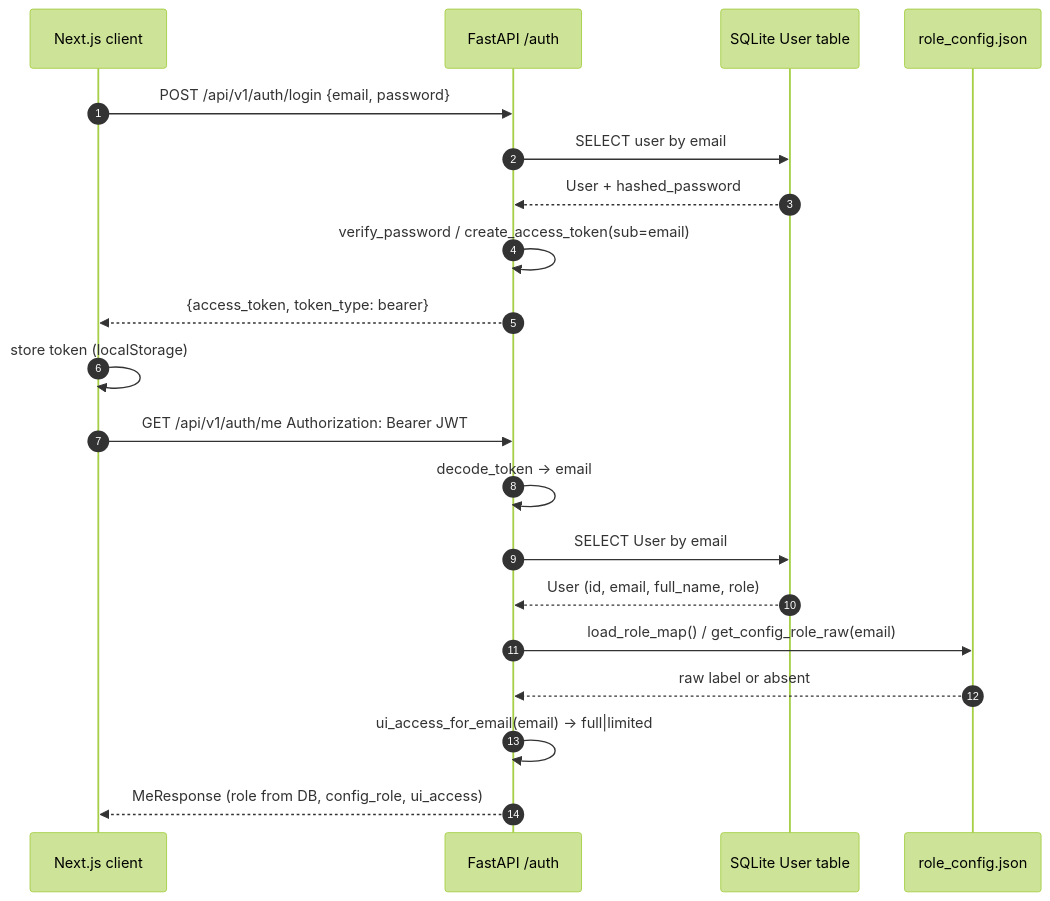
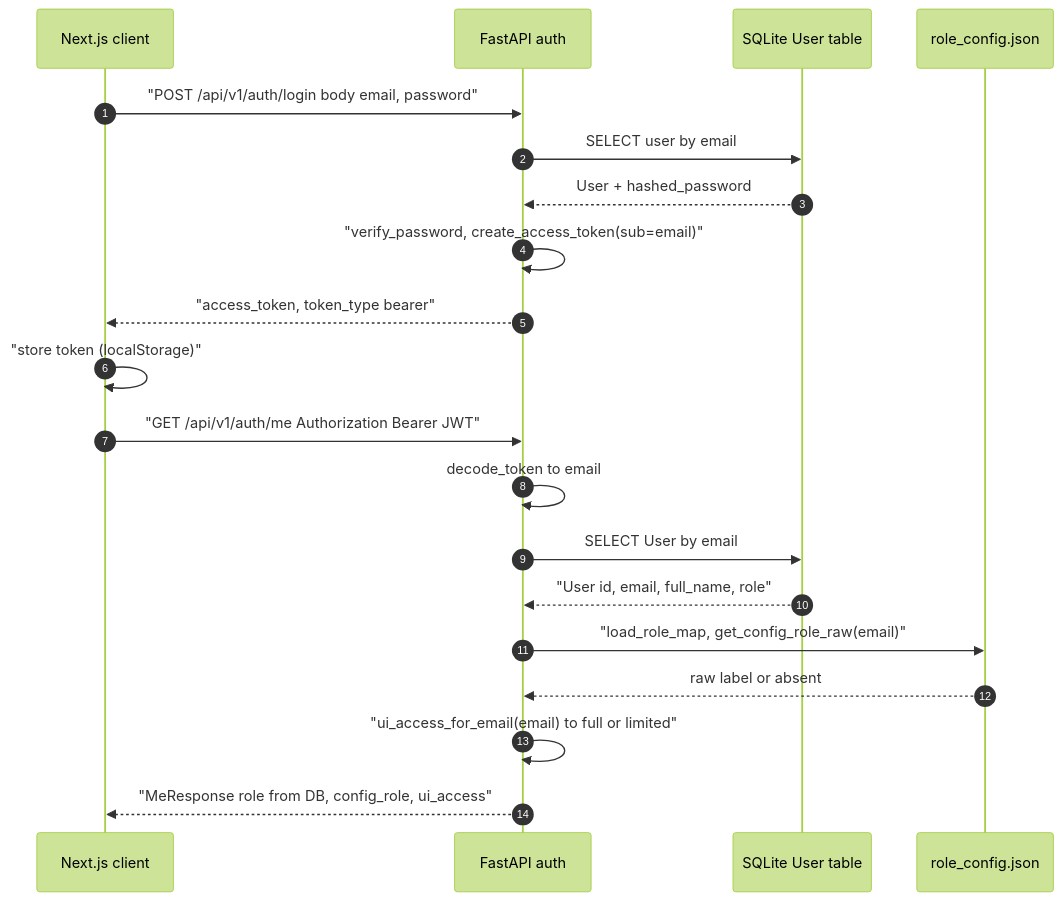
Before and after one commit to sanjeevstv/AI-Powered-Knowledge-Transition-app: the second of 3 diagrams in docs/technical-design.md, drawn with Mermaid (forest theme). The commit also changed other lines of this file, not shown here.

Commit message:
Fix Mermaid sequence diagrams in technical-design for GitHub rendering.

````diff
--- a/docs/technical-design.md
+++ b/docs/technical-design.md
@@ -66,24 +66,24 @@
 ```mermaid
 sequenceDiagram
     autonumber
     participant W as Next.js client
-    participant A as FastAPI /auth
+    participant A as FastAPI auth
     participant D as SQLite User table
     participant R as role_config.json
 
-    W->>A: POST /api/v1/auth/login {email, password}
+    W->>A: "POST /api/v1/auth/login body email, password"
     A->>D: SELECT user by email
     D-->>A: User + hashed_password
-    A->>A: verify_password / create_access_token(sub=email)
-    A-->>W: {access_token, token_type: bearer}
-    W->>W: store token (localStorage)
+    A->>A: "verify_password, create_access_token(sub=email)"
+    A-->>W: "access_token, token_type bearer"
+    W->>W: "store token (localStorage)"
 
-    W->>A: GET /api/v1/auth/me Authorization: Bearer JWT
-    A->>A: decode_token → email
+    W->>A: "GET /api/v1/auth/me Authorization Bearer JWT"
+    A->>A: decode_token to email
     A->>D: SELECT User by email
-    D-->>A: User (id, email, full_name, role)
-    A->>R: load_role_map() / get_config_role_raw(email)
+    D-->>A: "User id, email, full_name, role"
+    A->>R: "load_role_map, get_config_role_raw(email)"
     R-->>A: raw label or absent
-    A->>A: ui_access_for_email(email) → full|limited
-    A-->>W: MeResponse (role from DB, config_role, ui_access)
+    A->>A: "ui_access_for_email(email) to full or limited"
+    A-->>W: "MeResponse role from DB, config_role, ui_access"
 ```
````
